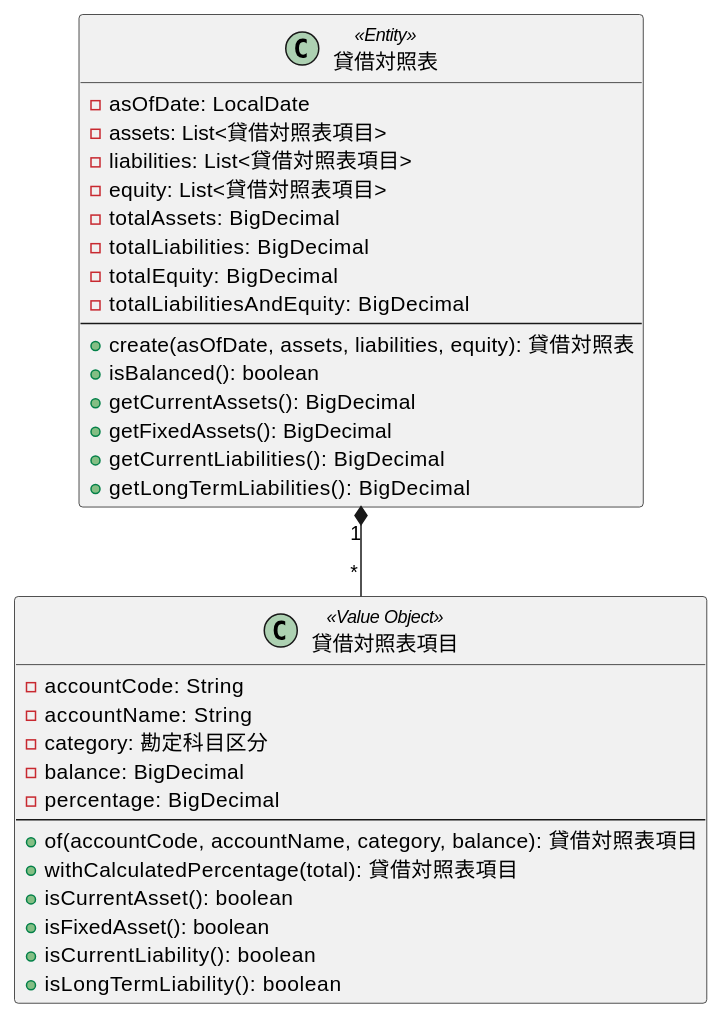
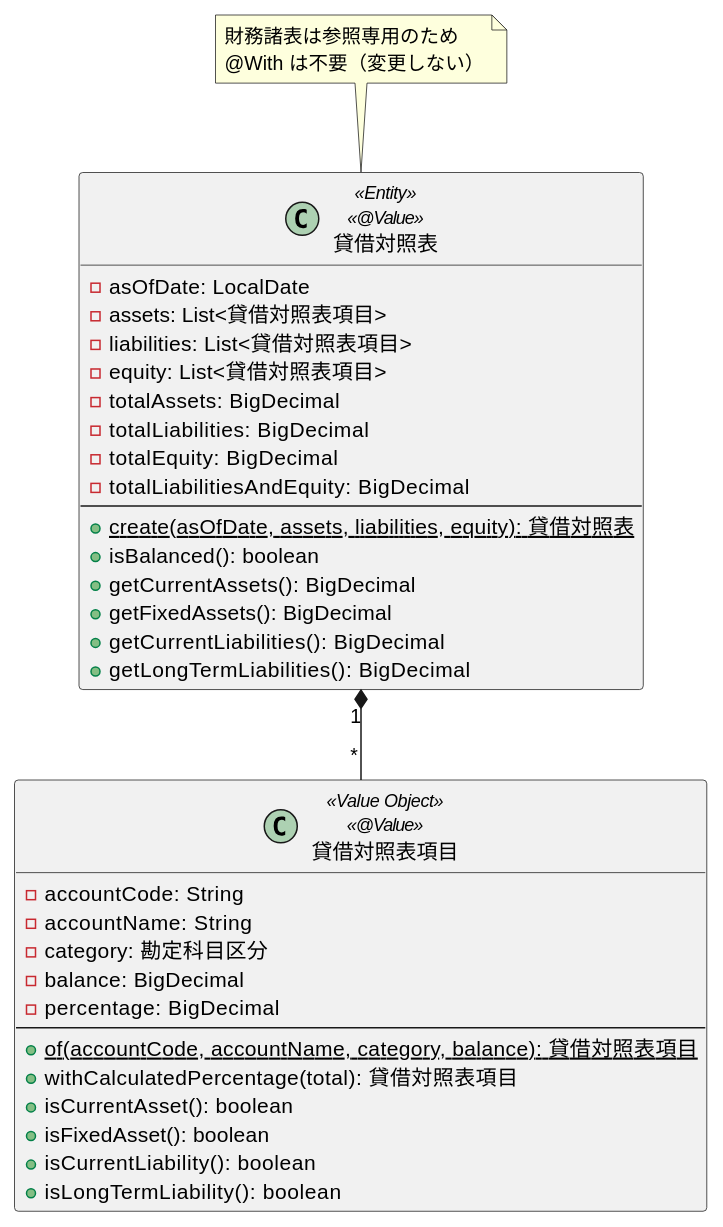
Diagram 21 of 26 in docs/design/domain-model.md (k2works/case-study-accounting), drawn with PlantUML before and after one commit. The commit also changed other lines of this file and 1 other file, not shown here.

First line of the commit message:
docs: エンティティ設計を @Value と @With によるイミュータブル設計に更新

````diff
--- a/docs/design/domain-model.md
+++ b/docs/design/domain-model.md
@@ -634,39 +840,44 @@
 ```plantuml
 @startuml
-class 貸借対照表 <<Entity>> {
+class 貸借対照表 <<Entity>> <<@Value>> {
   - asOfDate: LocalDate
   - assets: List<貸借対照表項目>
   - liabilities: List<貸借対照表項目>
   - equity: List<貸借対照表項目>
   - totalAssets: BigDecimal
   - totalLiabilities: BigDecimal
   - totalEquity: BigDecimal
   - totalLiabilitiesAndEquity: BigDecimal
   --
-  + create(asOfDate, assets, liabilities, equity): 貸借対照表
+  + {static} create(asOfDate, assets, liabilities, equity): 貸借対照表
   + isBalanced(): boolean
   + getCurrentAssets(): BigDecimal
   + getFixedAssets(): BigDecimal
   + getCurrentLiabilities(): BigDecimal
   + getLongTermLiabilities(): BigDecimal
 }
 
-class 貸借対照表項目 <<Value Object>> {
+class 貸借対照表項目 <<Value Object>> <<@Value>> {
   - accountCode: String
   - accountName: String
   - category: 勘定科目区分
   - balance: BigDecimal
   - percentage: BigDecimal
   --
-  + of(accountCode, accountName, category, balance): 貸借対照表項目
+  + {static} of(accountCode, accountName, category, balance): 貸借対照表項目
   + withCalculatedPercentage(total): 貸借対照表項目
   + isCurrentAsset(): boolean
   + isFixedAsset(): boolean
   + isCurrentLiability(): boolean
   + isLongTermLiability(): boolean
 }
 
 貸借対照表 "1" *-- "*" 貸借対照表項目
 
+note top of 貸借対照表
+  財務諸表は参照専用のため
+  @With は不要（変更しない）
+end note
+
 @enduml
 ```
````
